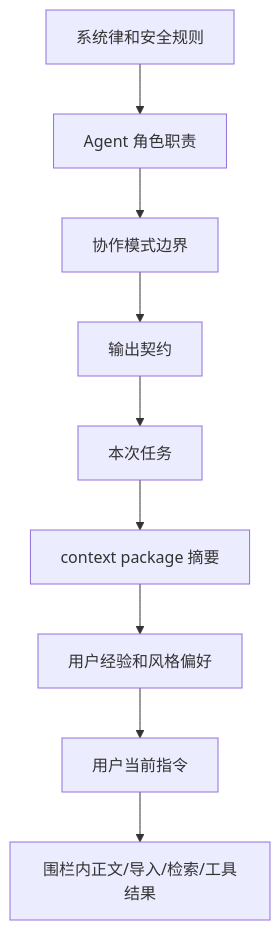
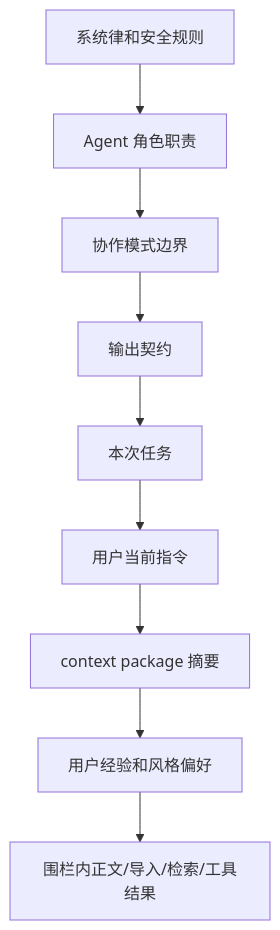
The second of 2 diagrams in spec/S08-prompt-system.md (jinhuang712/open-novel), drawn with Mermaid before and after one commit. The commit also changed other lines of this file and 50 other files, not shown here.

Commit message:
docs(todo): close architecture audit batches

````diff
--- a/spec/S08-prompt-system.md
+++ b/spec/S08-prompt-system.md
@@ -26,14 +26,14 @@
 ```mermaid
 flowchart TB
   System[系统律和安全规则]
   Role[Agent 角色职责]
   Mode[协作模式边界]
   Output[输出契约]
   Task[本次任务]
+  User[用户当前指令]
   Context[context package 摘要]
   Experience[用户经验和风格偏好]
-  User[用户当前指令]
   Fenced[围栏内正文/导入/检索/工具结果]
 
-  System --> Role --> Mode --> Output --> Task --> Context --> Experience --> User --> Fenced
+  System --> Role --> Mode --> Output --> Task --> User --> Context --> Experience --> Fenced
 ```
````
